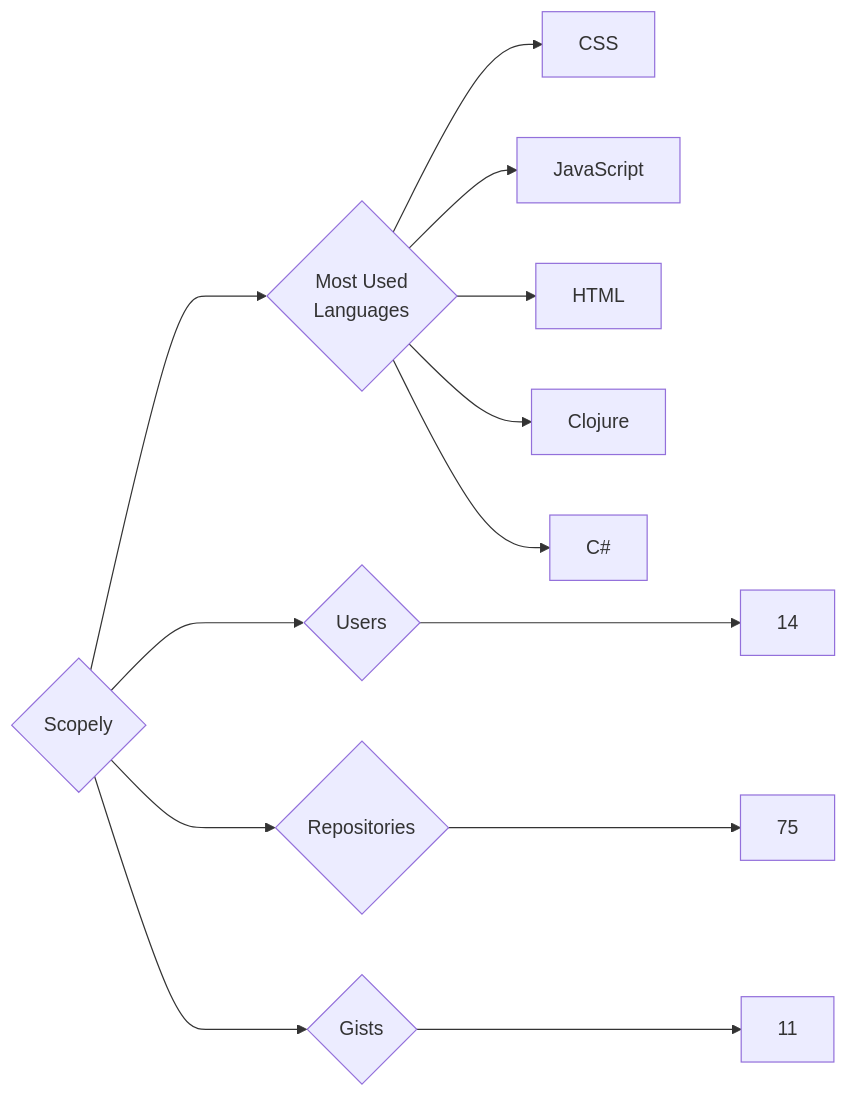
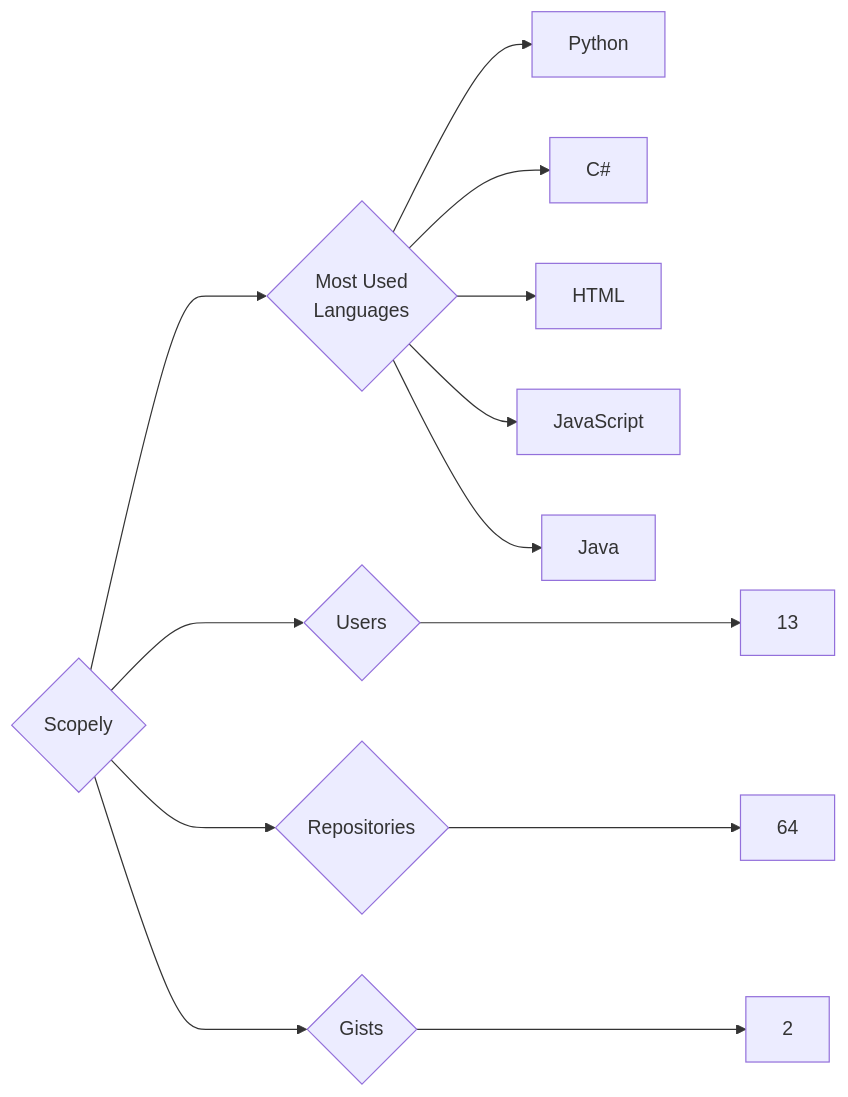
One commit to trickest/insiders changed the diagram in targets/Scopely/README.md. Above: the diagram before and after it, drawn with Mermaid. The commit also changed 1508 other files, not shown here.

````diff
--- a/targets/Scopely/README.md
+++ b/targets/Scopely/README.md
@@ -3,13 +3,13 @@
 ```mermaid
 graph LR
 COMPANY_NAME{Scopely}
-COMPANY_NAME ---> U{Users} ---> UN[14]
-COMPANY_NAME ---> R{Repositories} ---> RN[75]
-COMPANY_NAME ---> G{Gists} ---> GN[11]
+COMPANY_NAME ---> U{Users} ---> UN[13]
+COMPANY_NAME ---> R{Repositories} ---> RN[64]
+COMPANY_NAME ---> G{Gists} ---> GN[2]
 COMPANY_NAME ---> ML{Most Used<br>Languages}
-ML --> CSS[CSS]
+ML --> Python[Python]
+ML --> C#[C#]
+ML --> HTML[HTML]
 ML --> JavaScript[JavaScript]
-ML --> HTML[HTML]
-ML --> Clojure[Clojure]
-ML --> C#[C#]
+ML --> Java[Java]
 ```
````
